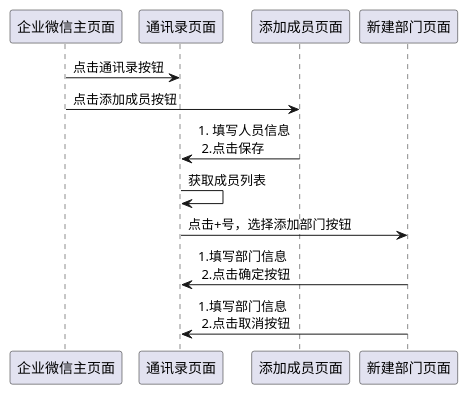
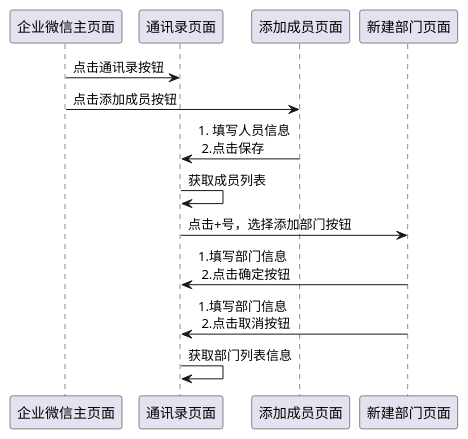
Before and after one commit to Maoww233/test_selenium-main: the diagram in test_task_02/测试用例分析.PUML, drawn with PlantUML. The commit also changed 1 other file, not shown here.

```diff
--- a/test_task_02/测试用例分析.PUML
+++ b/test_task_02/测试用例分析.PUML
@@ -1,27 +1,28 @@
 @startuml
 
 participant 企业微信主页面 as main
 
 participant 通讯录页面 as contact
 
 participant 添加成员页面 as add_member
 
 participant 新建部门页面 as new_department
 
 main -> contact: 点击通讯录按钮
 
 main -> add_member: 点击添加成员按钮
 
 add_member -> contact : 1. 填写人员信息 \n 2.点击保存
 
 contact -> contact: 获取成员列表
 
 contact -> new_department: 点击+号，选择添加部门按钮
 
 new_department -> contact:1.填写部门信息 \n 2.点击确定按钮
 
 new_department -> contact:1.填写部门信息 \n 2.点击取消按钮
 
+contact -> contact:获取部门列表信息
 
 
 @enduml
```
